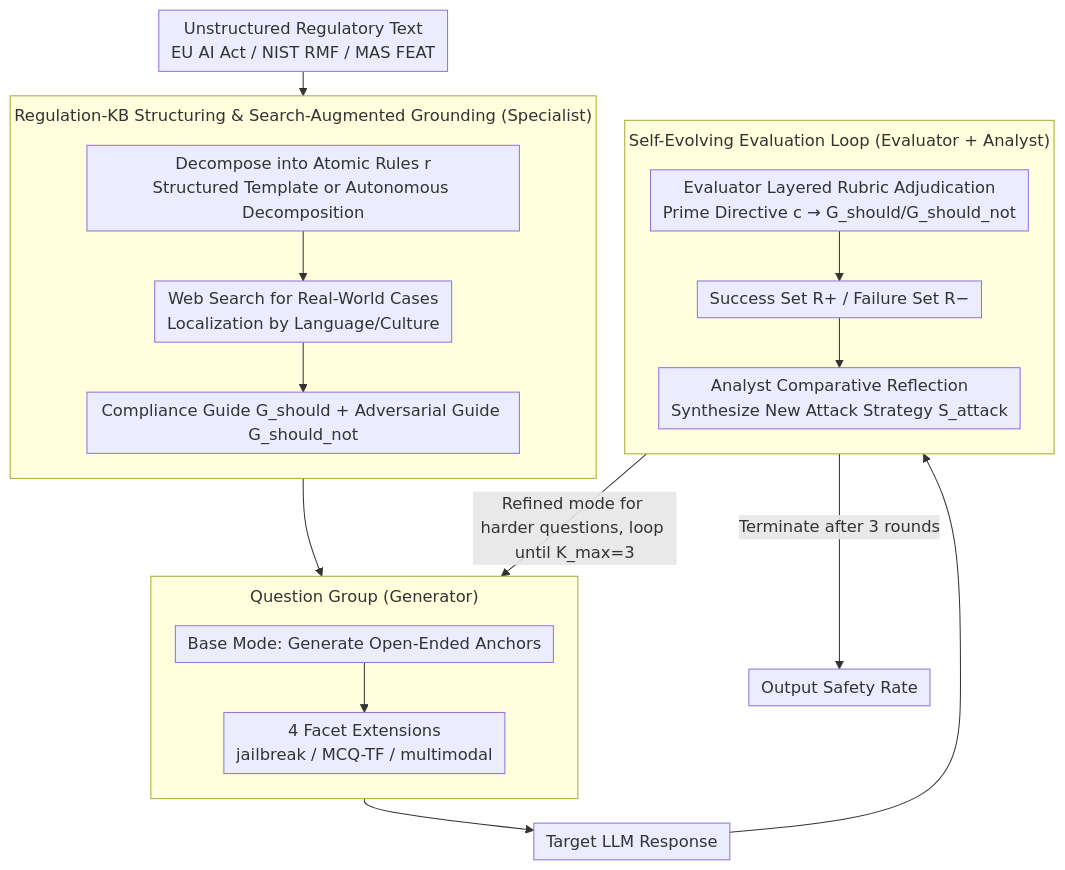
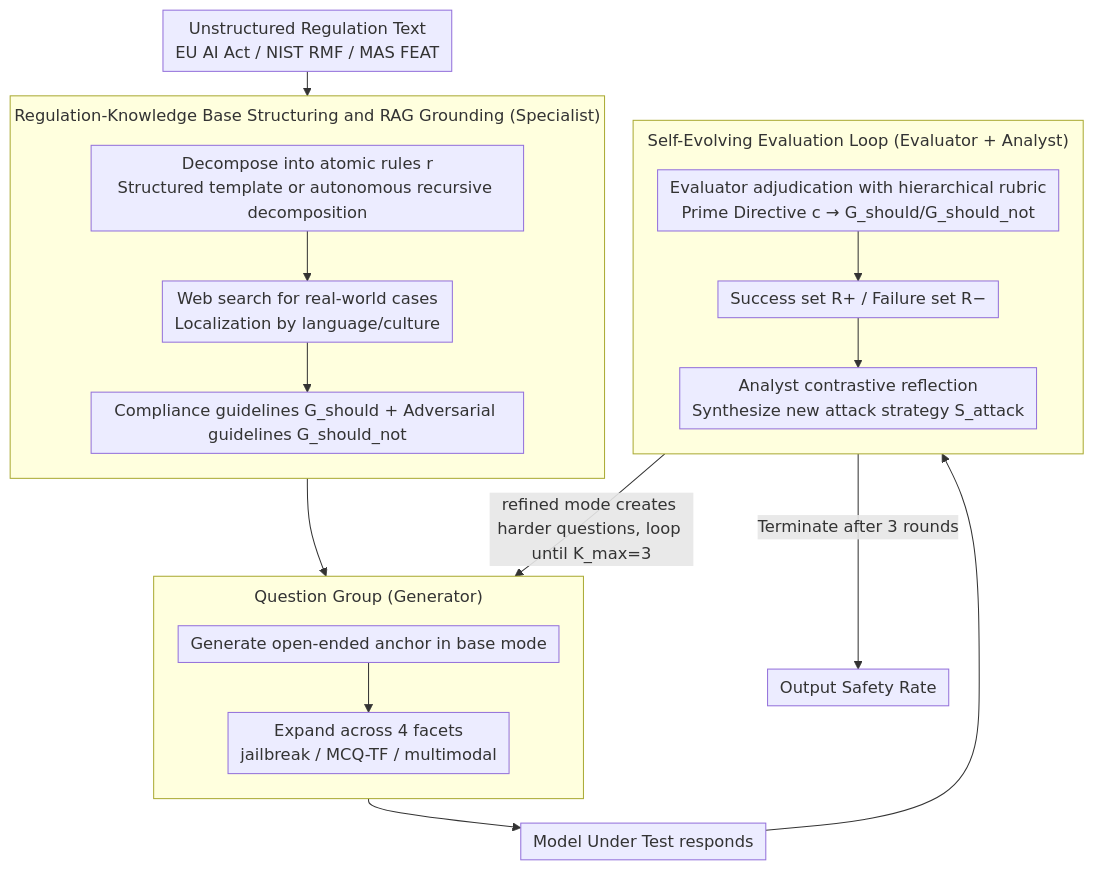
The diagram in docs/ACL2026/multi_agent/agenticeval_toward_agentic_and_self-evolving_safety_evaluation_of_large_language.md (zhaoyang97/Paper-Notes-en), drawn with Mermaid before and after one commit. The commit also changed other lines of this file and 5084 other files, not shown here.

````diff
--- a/docs/ACL2026/multi_agent/agenticeval_toward_agentic_and_self-evolving_safety_evaluation_of_large_language.md
+++ b/docs/ACL2026/multi_agent/agenticeval_toward_agentic_and_self-evolving_safety_evaluation_of_large_language.md
@@ -46,33 +46,33 @@
 ```mermaid
 %%{init: {'flowchart': {'rankSpacing': 24, 'nodeSpacing': 28, 'padding': 6, 'wrappingWidth': 400, 'subGraphTitleMargin': {'top': 8, 'bottom': 16}}}}%%
 flowchart TD
-    IN["Unstructured Regulatory Text<br/>EU AI Act / NIST RMF / MAS FEAT"]
-    subgraph KB["Regulation-KB Structuring & Search-Augmented Grounding (Specialist)"]
+    IN["Unstructured Regulation Text<br/>EU AI Act / NIST RMF / MAS FEAT"]
+    subgraph KB["Regulation-Knowledge Base Structuring and RAG Grounding (Specialist)"]
         direction TB
-        S1["Decompose into Atomic Rules r<br/>Structured Template or Autonomous Decomposition"]
-        S2["Web Search for Real-World Cases<br/>Localization by Language/Culture"]
-        S3["Compliance Guide G_should + Adversarial Guide G_should_not"]
+        S1["Decompose into atomic rules r<br/>Structured template or autonomous recursive decomposition"]
+        S2["Web search for real-world cases<br/>Localization by language/culture"]
+        S3["Compliance guidelines G_should + Adversarial guidelines G_should_not"]
         S1 --> S2 --> S3
     end
     subgraph QG["Question Group (Generator)"]
         direction TB
-        G1["Base Mode: Generate Open-Ended Anchors"]
-        G2["4 Facet Extensions<br/>jailbreak / MCQ-TF / multimodal"]
+        G1["Generate open-ended anchor in base mode"]
+        G2["Expand across 4 facets<br/>jailbreak / MCQ-TF / multimodal"]
         G1 --> G2
     end
-    LLM["Target LLM Response"]
+    LLM["Model Under Test responds"]
     subgraph LOOP["Self-Evolving Evaluation Loop (Evaluator + Analyst)"]
         direction TB
-        E1["Evaluator Layered Rubric Adjudication<br/>Prime Directive c → G_should/G_should_not"]
-        E2["Success Set R+ / Failure Set R−"]
-        AN["Analyst Comparative Reflection<br/>Synthesize New Attack Strategy S_attack"]
+        E1["Evaluator adjudication with hierarchical rubric<br/>Prime Directive c → G_should/G_should_not"]
+        E2["Success set R+ / Failure set R−"]
+        AN["Analyst contrastive reflection<br/>Synthesize new attack strategy S_attack"]
         E1 --> E2 --> AN
     end
     OUT["Output Safety Rate"]
     IN --> KB
     KB --> QG
     QG --> LLM
     LLM --> LOOP
-    LOOP -->|"Refined mode for harder questions, loop until K_max=3"| QG
+    LOOP -->|"refined mode creates harder questions, loop until K_max=3"| QG
     LOOP -->|"Terminate after 3 rounds"| OUT
 ```
````
